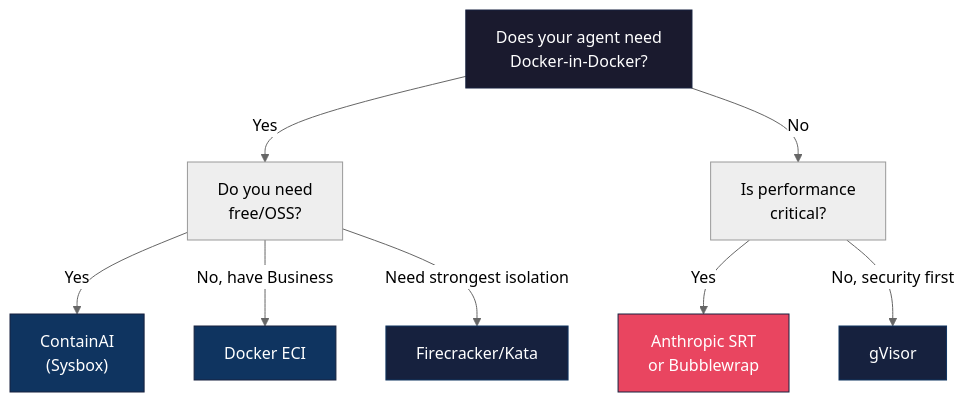
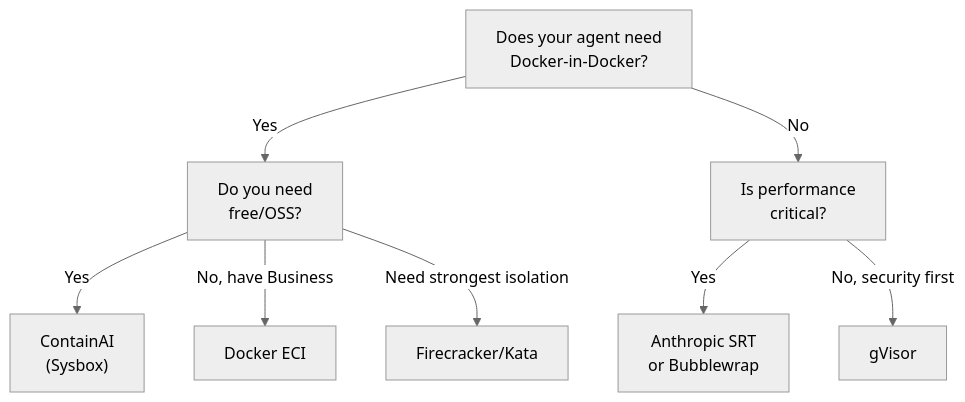
Before and after one commit to novotnyllc/ContainAI: the eighth of 8 diagrams in docs/security-comparison.md, drawn with Mermaid (neutral theme). The commit also changed other lines of this file and 14 other files, not shown here.

````diff
--- a/docs/security-comparison.md
+++ b/docs/security-comparison.md
@@ -436,21 +419,15 @@
 ```mermaid
 flowchart TD
     Start["Does your agent need<br/>Docker-in-Docker?"]
 
     Start -->|"Yes"| DinD["Do you need<br/>free/OSS?"]
     Start -->|"No"| NoDinD["Is performance<br/>critical?"]
 
     DinD -->|"Yes"| ContainAI["ContainAI<br/>(Sysbox)"]
     DinD -->|"No, have Business"| ECI["Docker ECI"]
     DinD -->|"Need strongest isolation"| MicroVM["Firecracker/Kata"]
 
     NoDinD -->|"Yes"| SRT["Anthropic SRT<br/>or Bubblewrap"]
     NoDinD -->|"No, security first"| gVisor["gVisor"]
 
-    style Start fill:#1a1a2e,stroke:#16213e,color:#fff
-    style ContainAI fill:#0f3460,stroke:#16213e,color:#fff
-    style ECI fill:#0f3460,stroke:#16213e,color:#fff
-    style MicroVM fill:#16213e,stroke:#0f3460,color:#fff
-    style SRT fill:#e94560,stroke:#16213e,color:#fff
-    style gVisor fill:#16213e,stroke:#0f3460,color:#fff
 ```
````
